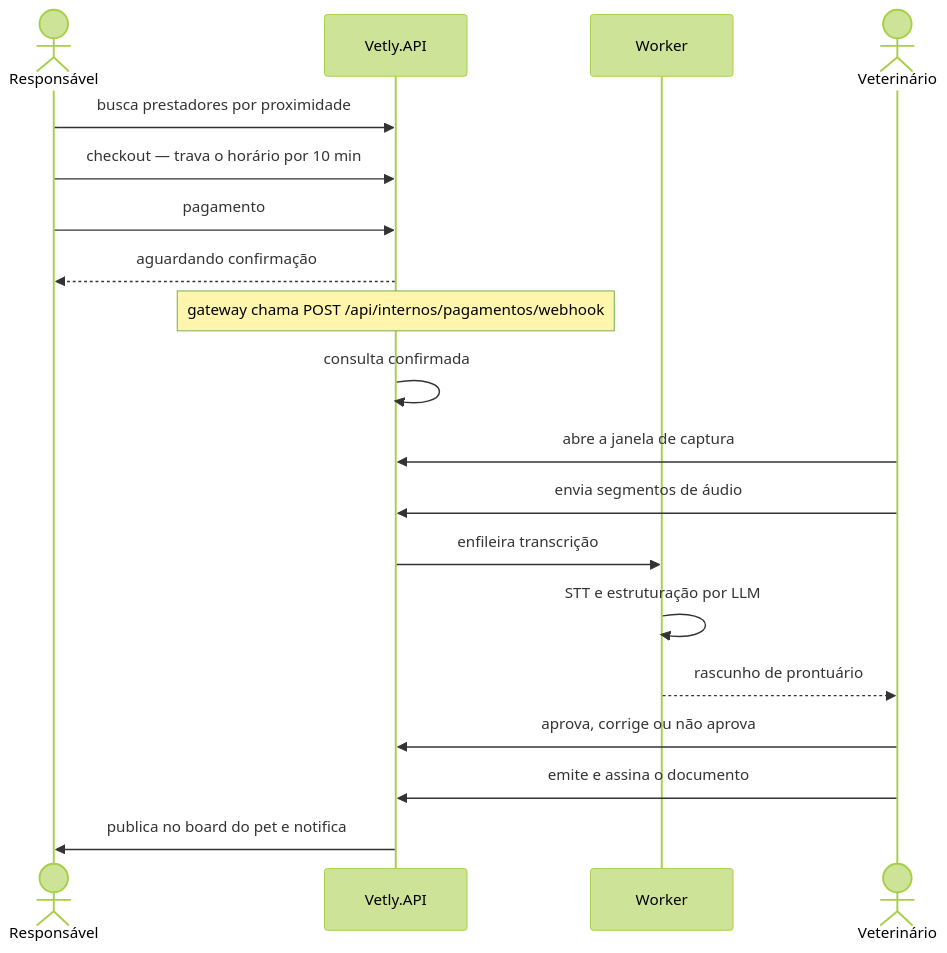
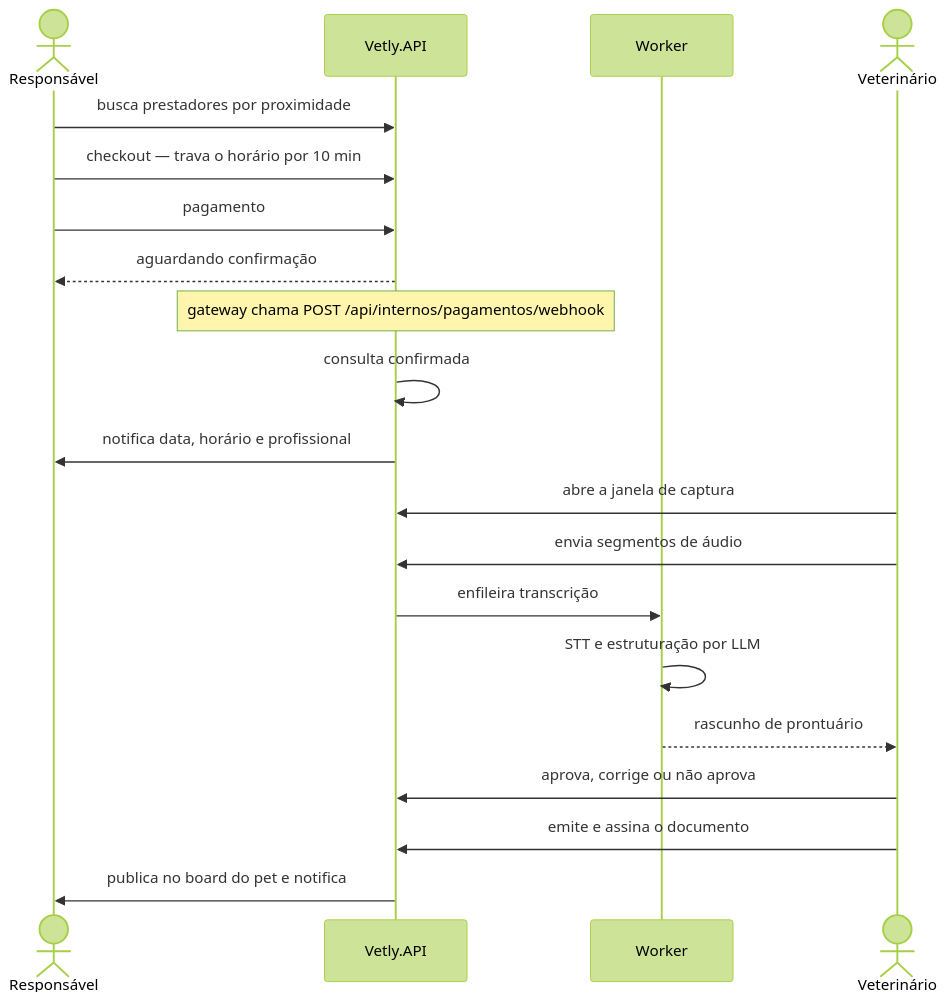
One commit to challenge-vetly/vetly-.net changed the second of 2 diagrams in README.md. Above: the diagram before and after it, drawn with Mermaid (forest theme). The commit also changed other lines of this file and 11 other files, not shown here.

````diff
--- a/README.md
+++ b/README.md
@@ -173,24 +182,25 @@
 ```mermaid
 sequenceDiagram
     actor T as Responsável
     participant API as Vetly.API
     participant W as Worker
     actor V as Veterinário
 
     T->>API: busca prestadores por proximidade
     T->>API: checkout — trava o horário por 10 min
     T->>API: pagamento
     API-->>T: aguardando confirmação
     Note over API: gateway chama POST /api/internos/pagamentos/webhook
     API->>API: consulta confirmada
+    API->>T: notifica data, horário e profissional
 
     V->>API: abre a janela de captura
     V->>API: envia segmentos de áudio
     API->>W: enfileira transcrição
     W->>W: STT e estruturação por LLM
     W-->>V: rascunho de prontuário
 
     V->>API: aprova, corrige ou não aprova
     V->>API: emite e assina o documento
     API->>T: publica no board do pet e notifica
 ```
````
